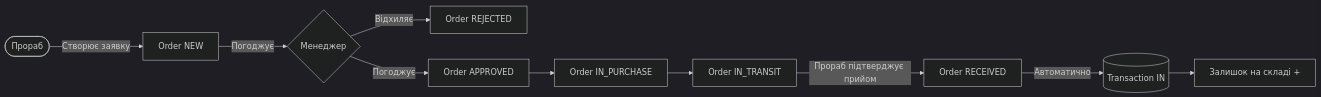
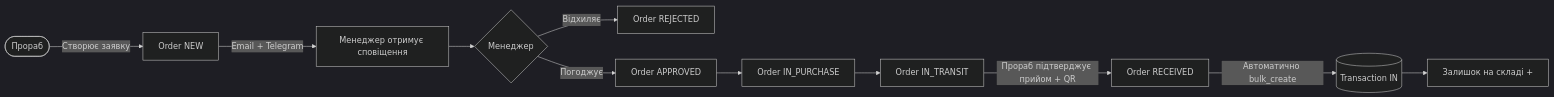
One commit to cs-kpnu/build-flow changed the first of 2 diagrams in README.md. Above: the diagram before and after it, drawn with Mermaid (dark theme). The commit also changed other lines of this file, not shown here.

````diff
--- a/README.md
+++ b/README.md
@@ -224,12 +262,13 @@
 ```mermaid
 flowchart LR
     A([Прораб]) -->|Створює заявку| B[Order NEW]
-    B -->|Погоджує| C{Менеджер}
+    B -->|Email + Telegram| N1[Менеджер отримує сповіщення]
+    N1 --> C{Менеджер}
     C -->|Відхиляє| D[Order REJECTED]
     C -->|Погоджує| E[Order APPROVED]
     E --> F[Order IN_PURCHASE]
     F --> G[Order IN_TRANSIT]
-    G -->|Прораб підтверджує прийом| H[Order RECEIVED]
-    H -->|Автоматично| I[(Transaction IN)]
+    G -->|Прораб підтверджує прийом + QR| H[Order RECEIVED]
+    H -->|Автоматично bulk_create| I[(Transaction IN)]
     I --> J[Залишок на складі +]
 ```
````
